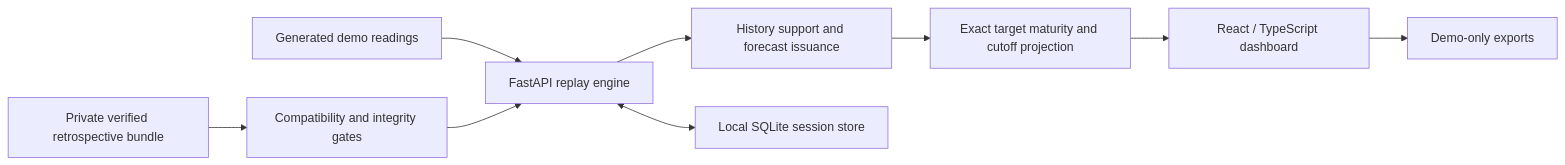
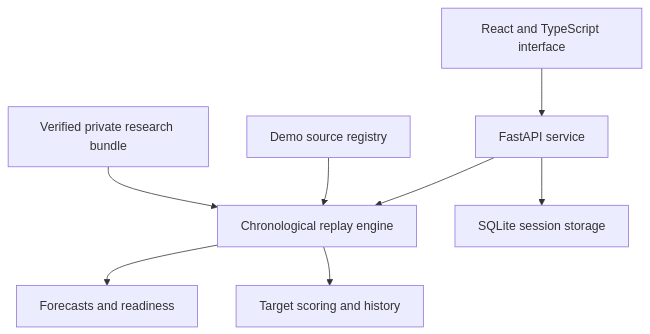
Before and after one commit to manishrahul1705/GlucoTrace: the diagram in README.md, drawn with Mermaid. The commit also changed other lines of this file, not shown here.

````diff
--- a/README.md
+++ b/README.md
@@ -39,11 +40,10 @@
 ```mermaid
-flowchart LR
-    D[Generated demo readings] --> A[FastAPI replay engine]
-    P[Private verified retrospective bundle] --> G[Compatibility and integrity gates]
-    G --> A
-    A --> H[History support and forecast issuance]
-    H --> T[Exact target maturity and cutoff projection]
-    T --> U[React / TypeScript dashboard]
-    A <--> S[Local SQLite session store]
-    U --> E[Demo-only exports]
+flowchart TD
+    A[React and TypeScript interface] --> B[FastAPI service]
+    B --> C[Chronological replay engine]
+    D[Demo source registry] --> C
+    E[Verified private research bundle] --> C
+    C --> F[Forecasts and readiness]
+    C --> G[Target scoring and history]
+    B --> H[SQLite session storage]
 ```
````
